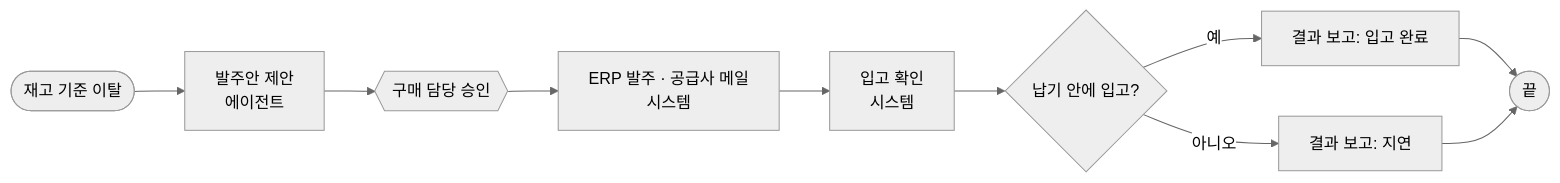
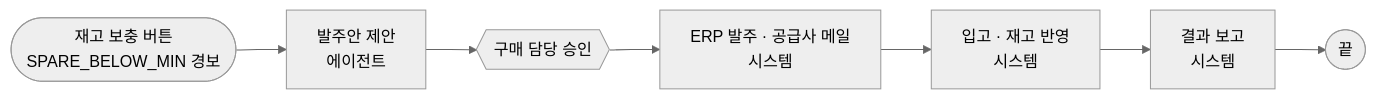
Before and after one commit to uengine-oss/hyd-iot-edu: the third of 3 diagrams in docs/보고서/2026-10-09_HYD_시나리오_3개.md, drawn with Mermaid (neutral theme). The commit also changed other lines of this file and 2 other files, not shown here.

````diff
--- a/docs/보고서/2026-10-09_HYD_시나리오_3개.md
+++ b/docs/보고서/2026-10-09_HYD_시나리오_3개.md
@@ -137,12 +137,9 @@
 ```mermaid
 flowchart LR
-  S([재고 기준 이탈]) --> A1[발주안 제안<br/>에이전트]
+  S([재고 보충 버튼<br/>SPARE_BELOW_MIN 경보]) --> A1[발주안 제안<br/>에이전트]
   A1 --> H1{{구매 담당 승인}}
   H1 --> P1[ERP 발주 · 공급사 메일<br/>시스템]
-  P1 --> P2[입고 확인<br/>시스템]
-  P2 --> G{납기 안에 입고?}
-  G -- 예 --> R1[결과 보고: 입고 완료]
-  G -- 아니오 --> R2[결과 보고: 지연]
+  P1 --> P2[입고 · 재고 반영<br/>시스템]
+  P2 --> R1[결과 보고<br/>시스템]
   R1 --> E([끝])
-  R2 --> E
 ```
````
